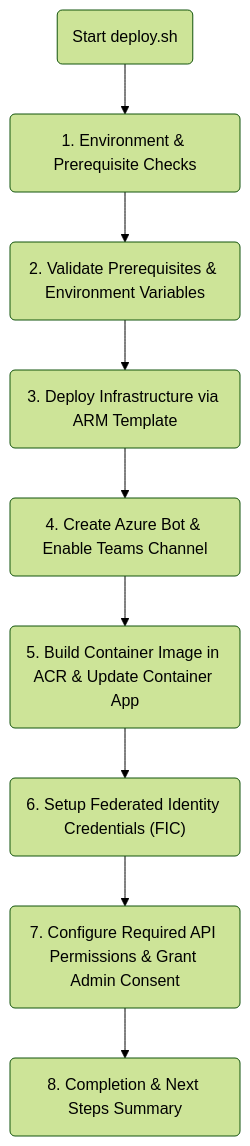
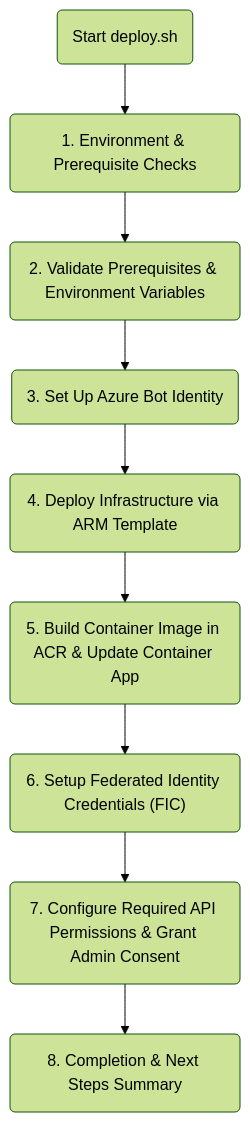
One commit to joetanx/soc-buddy changed the second of 2 diagrams in README.md. Above: the diagram before and after it, drawn with Mermaid (forest theme). The commit also changed other lines of this file and 8 other files, not shown here.

````diff
--- a/README.md
+++ b/README.md
@@ -203,11 +203,11 @@
 ```mermaid
 flowchart TD
     A(Start deploy.sh) --> B(1. Environment & Prerequisite Checks)
     B --> C(2. Validate Prerequisites & Environment Variables)
-    C --> D(3. Deploy Infrastructure via ARM Template)
-    D --> E(4. Create Azure Bot & Enable Teams Channel)
+    C --> D(3. Set Up Azure Bot Identity)
+    D --> E(4. Deploy Infrastructure via ARM Template)
     E --> F(5. Build Container Image in ACR & Update Container App)
     F --> G("6. Setup Federated Identity Credentials (FIC)")
     G --> H(7. Configure Required API Permissions & Grant Admin Consent)
     H --> I(8. Completion & Next Steps Summary)
 ```
````
